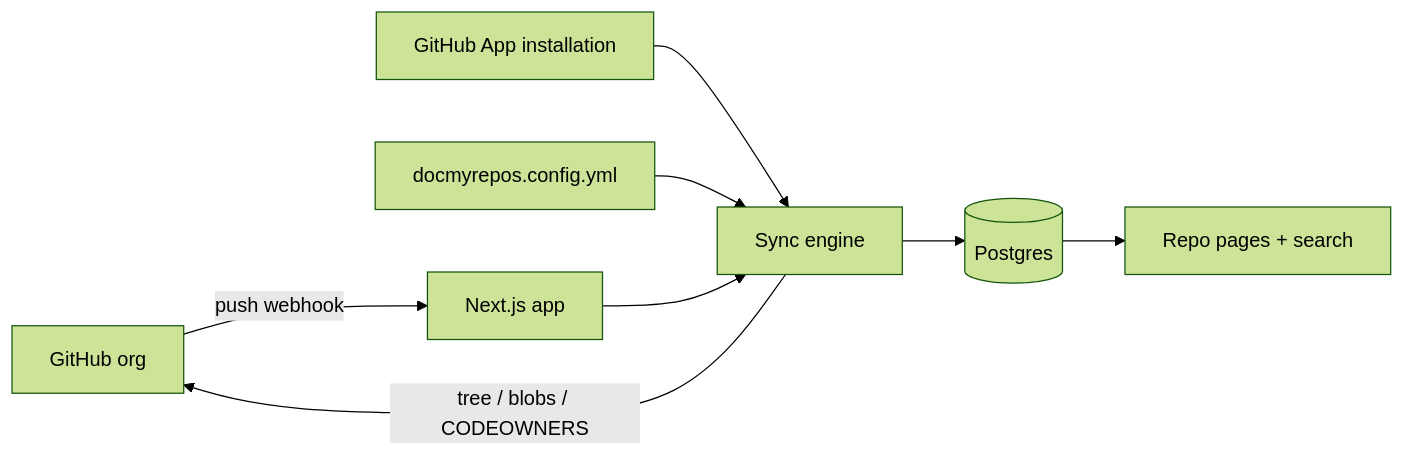
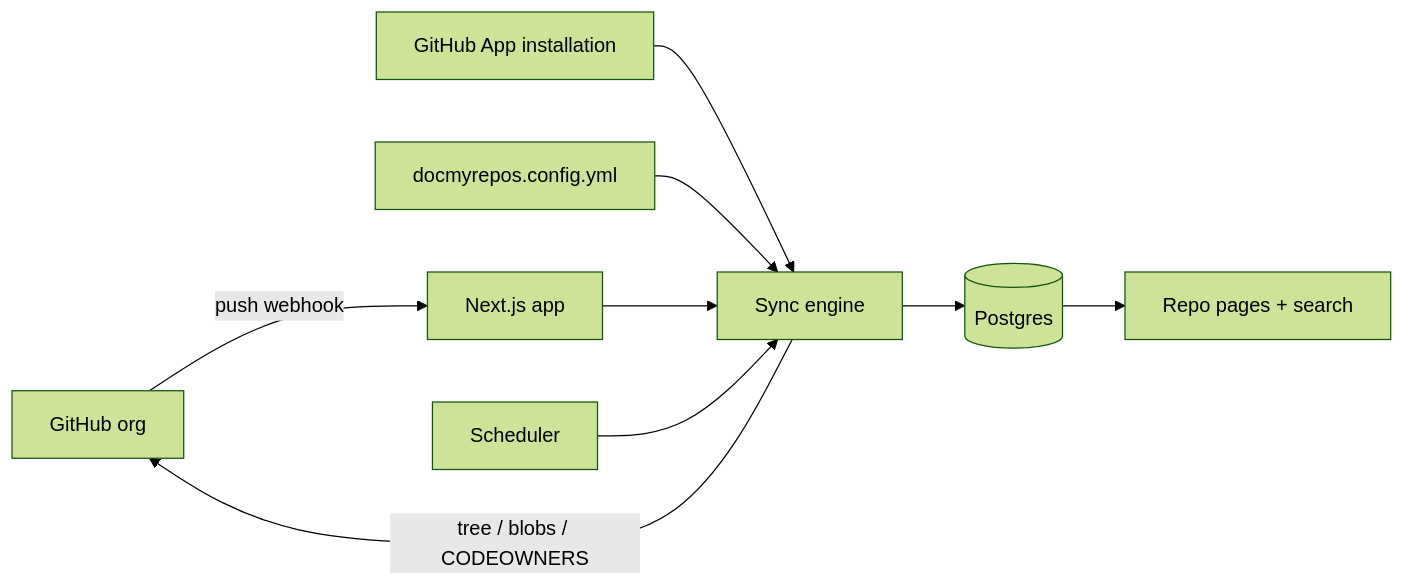
Before and after one commit to Dash-AI-Tools/doc-my-repos: the diagram in README.md, drawn with Mermaid (forest theme). The commit also changed other lines of this file and 31 other files, not shown here.

````diff
--- a/README.md
+++ b/README.md
@@ -21,10 +87,11 @@
 ```mermaid
 flowchart LR
   GH[GitHub org] -- push webhook --> API[Next.js app]
   App[GitHub App installation] --> Sync
   Cfg[docmyrepos.config.yml] --> Sync
   API --> Sync[Sync engine]
+  Sched[Scheduler] --> Sync
   Sync -- tree / blobs / CODEOWNERS --> GH
   Sync --> DB[(Postgres)]
   DB --> UI[Repo pages + search]
 ```
````
